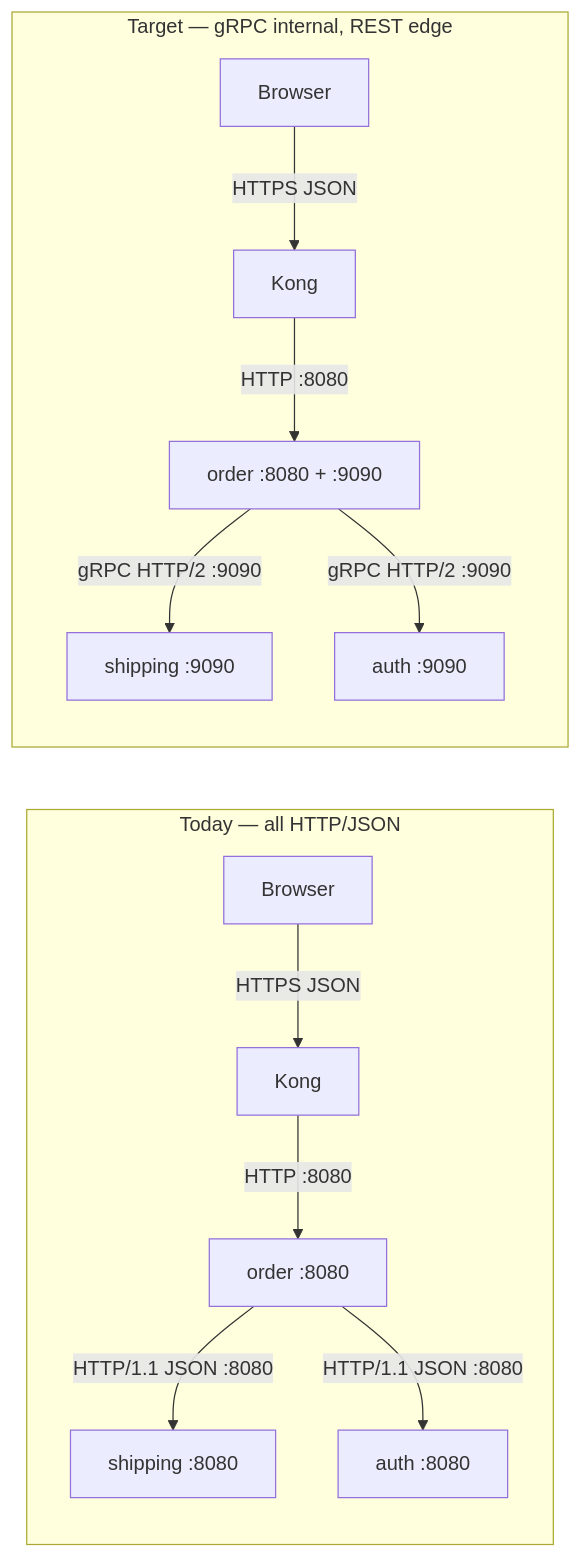
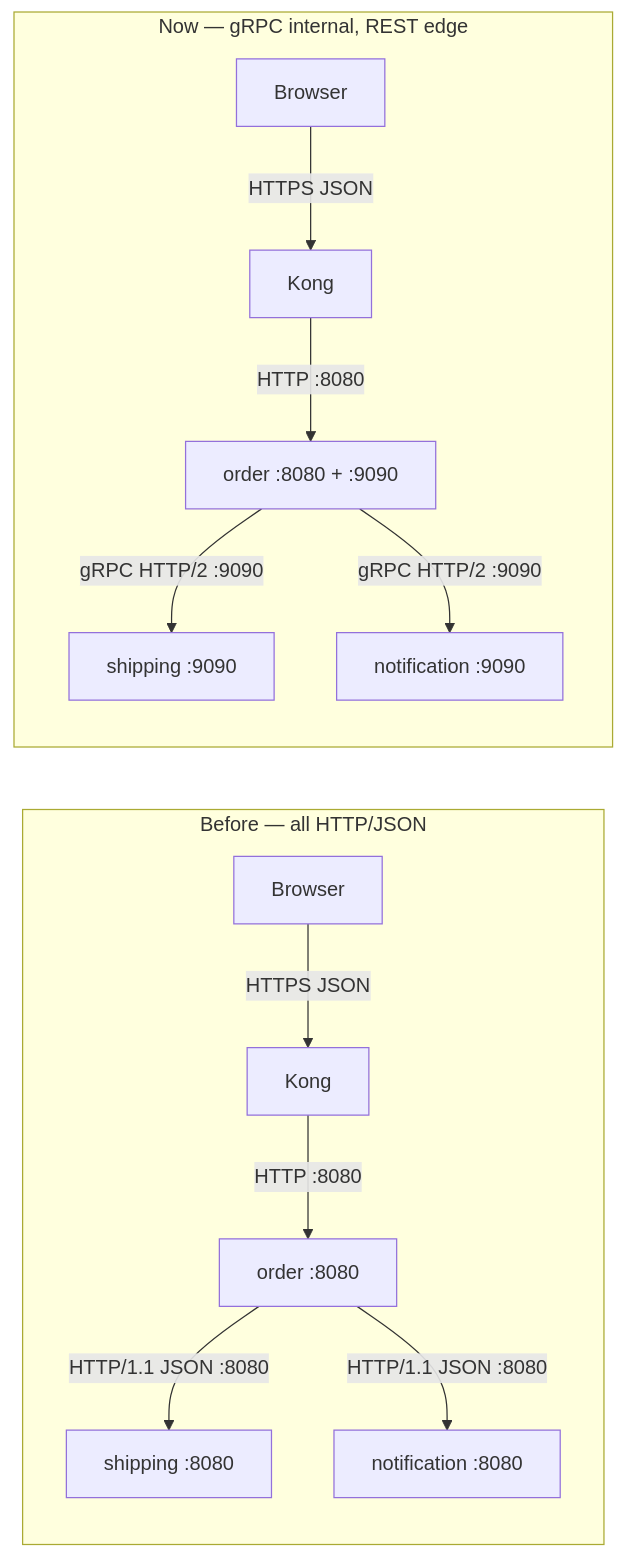
The first of 5 diagrams in docs/api/grpc-internal-comms.md (duynhlab/homelab), drawn with Mermaid before and after one commit. The commit also changed other lines of this file and 7 other files, not shown here.

````diff
--- a/docs/api/grpc-internal-comms.md
+++ b/docs/api/grpc-internal-comms.md
@@ -138,15 +139,15 @@
 ```mermaid
 flowchart LR
-    subgraph Today["Today — all HTTP/JSON"]
+    subgraph Today["Before — all HTTP/JSON"]
         B1[Browser] -->|HTTPS JSON| K1[Kong]
         K1 -->|HTTP :8080| S1[order :8080]
         S1 -->|HTTP/1.1 JSON :8080| SH1[shipping :8080]
-        S1 -->|HTTP/1.1 JSON :8080| A1[auth :8080]
+        S1 -->|HTTP/1.1 JSON :8080| N1[notification :8080]
     end
-    subgraph Target["Target — gRPC internal, REST edge"]
+    subgraph Target["Now — gRPC internal, REST edge"]
         B2[Browser] -->|HTTPS JSON| K2[Kong]
         K2 -->|HTTP :8080| S2[order :8080 + :9090]
         S2 -->|gRPC HTTP/2 :9090| SH2[shipping :9090]
-        S2 -->|gRPC HTTP/2 :9090| A2[auth :9090]
+        S2 -->|gRPC HTTP/2 :9090| N2[notification :9090]
     end
 ```
````
